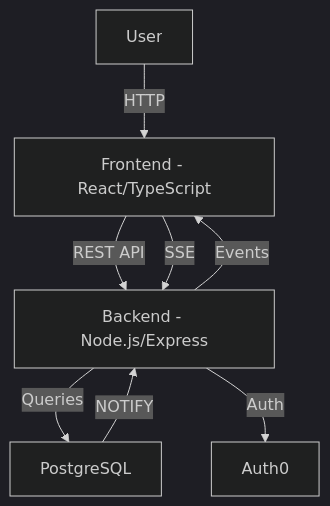
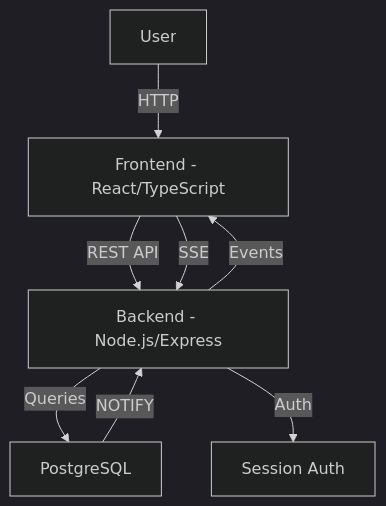
The diagram in project_docs/tech_stack_architecture.md (brettdavies/ChatGenius), drawn with Mermaid (dark theme) before and after one commit. The commit also changed other lines of this file and 5 other files, not shown here.

First line of the commit message:
docs(core): update project documentation and architecture

````diff
--- a/project_docs/tech_stack_architecture.md
+++ b/project_docs/tech_stack_architecture.md
@@ -168,10 +170,10 @@
 ```mermaid
 graph TD
    A[User] -->|HTTP| B[Frontend - React/TypeScript]
    B -->|REST API| C[Backend - Node.js/Express]
    B -->|SSE| C
    C -->|Queries| D[PostgreSQL]
-   C -->|Auth| E[Auth0]
+   C -->|Auth| E[Session Auth]
    D -->|NOTIFY| C
    C -->|Events| B
 ```
````
